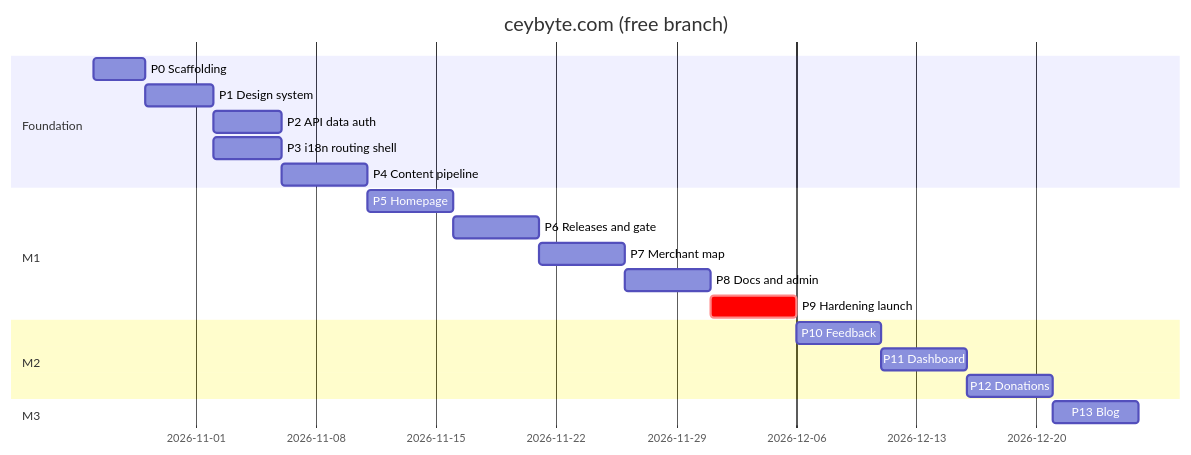
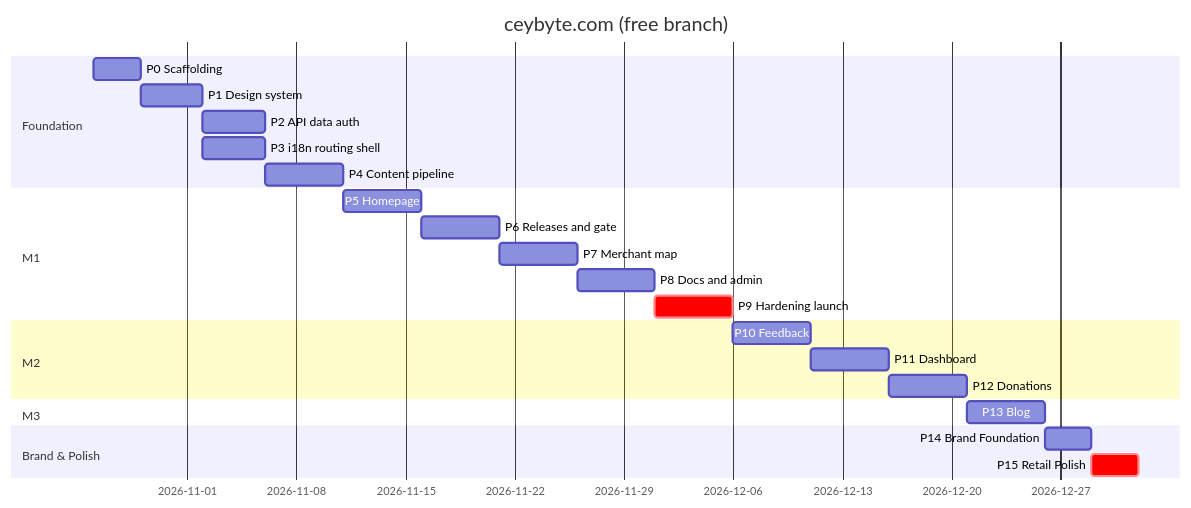
Before and after one commit to ceybyte/CeyByte.com: the diagram in docs/07-IMPLEMENTATION_PLAN.md, drawn with Mermaid. The commit also changed other lines of this file and 21 other files, not shown here.

First line of the commit message:
feat(design): complete Phase 15 retail experience & design critique polish

````diff
--- a/docs/07-IMPLEMENTATION_PLAN.md
+++ b/docs/07-IMPLEMENTATION_PLAN.md
@@ -35,23 +36,26 @@
 ```mermaid
 gantt
   dateFormat  YYYY-MM-DD
   title ceybyte.com (free branch)
   section Foundation
   P0 Scaffolding        :p0, 2026-10-26, 3d
   P1 Design system      :p1, after p0, 4d
   P2 API data auth      :p2, after p1, 4d
   P3 i18n routing shell :p3, after p1, 4d
   P4 Content pipeline   :p4, after p3, 5d
   section M1
   P5 Homepage           :p5, after p4, 5d
   P6 Releases and gate  :p6, after p5, 5d
   P7 Merchant map       :p7, after p6, 5d
   P8 Docs and admin     :p8, after p7, 5d
   P9 Hardening launch   :crit, p9, after p8, 5d
   section M2
   P10 Feedback          :p10, after p9, 5d
   P11 Dashboard         :p11, after p10, 5d
   P12 Donations         :p12, after p11, 5d
   section M3
   P13 Blog              :p13, after p12, 5d
+  section Brand & Polish
+  P14 Brand Foundation  :p14, after p13, 3d
+  P15 Retail Polish     :crit, p15, after p14, 3d
 ```
````
